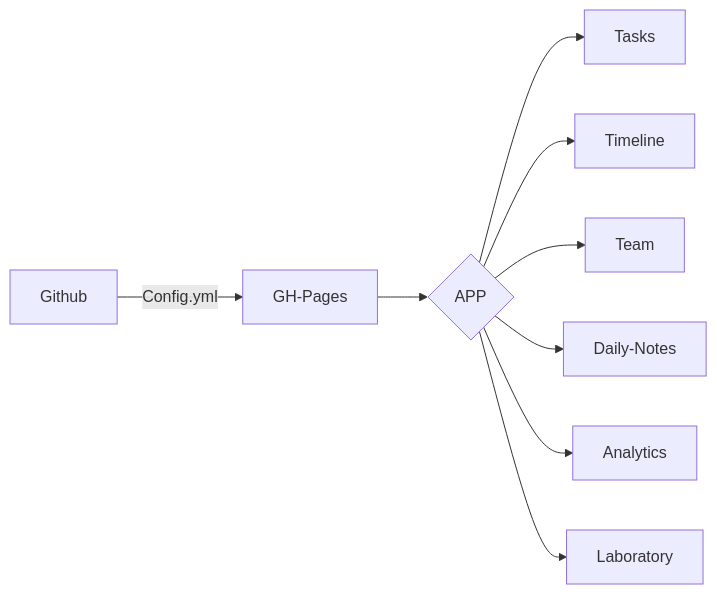
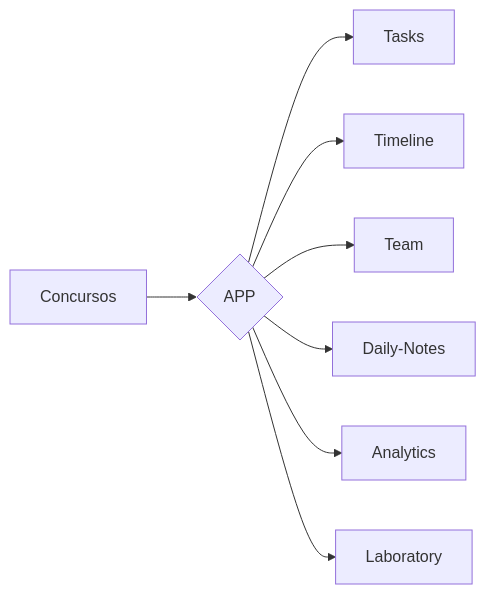
Before and after one commit to SauloCandeira/concursos: the diagram in readme.md, drawn with Mermaid.

````diff
--- a/readme.md
+++ b/readme.md
@@ -17,13 +17,14 @@
 ```mermaid
 flowchart LR
-A[Github] -->|Config.yml| B[GH-Pages]
+
+B[Concursos]
 
 B --> C{APP}
 C --> J[Tasks]
 C --> K[Timeline]
 C --> L[Team]
 C --> M[Daily-Notes]
 C --> N[Analytics]
 C --> O[Laboratory]
 
 ```
````
